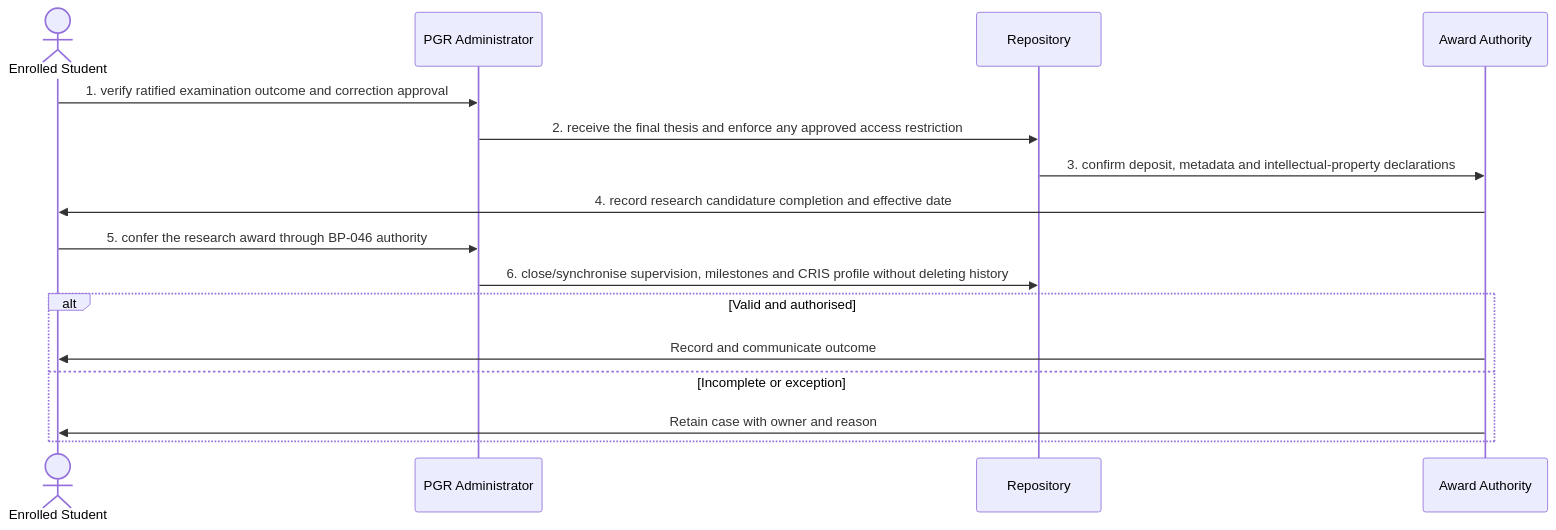
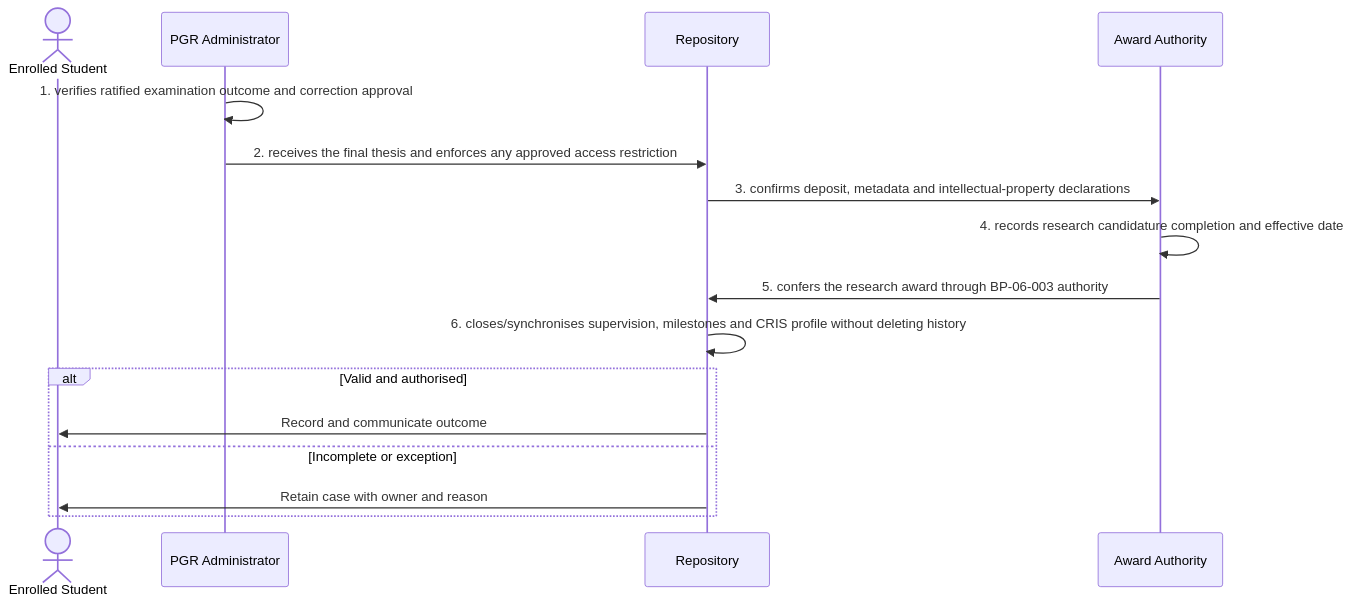
The diagram in docs/business-processes/06-progression-awards-and-graduation/bp-06-006-record-successful-pgr-completion.md (RevelationCore/Revelation-SRS), drawn with Mermaid before and after one commit. The commit also changed other lines of this file and 96 other files, not shown here.

````diff
--- a/docs/business-processes/06-progression-awards-and-graduation/bp-06-006-record-successful-pgr-completion.md
+++ b/docs/business-processes/06-progression-awards-and-graduation/bp-06-006-record-successful-pgr-completion.md
@@ -158,18 +158,18 @@
 ```mermaid
 sequenceDiagram
     actor A1 as Enrolled Student
     participant A2 as PGR Administrator
     participant A3 as Repository
     participant A4 as Award Authority
-    A1->>A2: 1. verify ratified examination outcome and correction approval
-    A2->>A3: 2. receive the final thesis and enforce any approved access restriction
-    A3->>A4: 3. confirm deposit, metadata and intellectual-property declarations
-    A4->>A1: 4. record research candidature completion and effective date
-    A1->>A2: 5. confer the research award through BP-046 authority
-    A2->>A3: 6. close/synchronise supervision, milestones and CRIS profile without deleting history
+    A2->>A2: 1. verifies ratified examination outcome and correction approval
+    A2->>A3: 2. receives the final thesis and enforces any approved access restriction
+    A3->>A4: 3. confirms deposit, metadata and intellectual-property declarations
+    A4->>A4: 4. records research candidature completion and effective date
+    A4->>A3: 5. confers the research award through BP-06-003 authority
+    A3->>A3: 6. closes/synchronises supervision, milestones and CRIS profile without deleting history
     alt Valid and authorised
-        A4->>A1: Record and communicate outcome
+        A3->>A1: Record and communicate outcome
     else Incomplete or exception
-        A4->>A1: Retain case with owner and reason
+        A3->>A1: Retain case with owner and reason
     end
 ```
````
